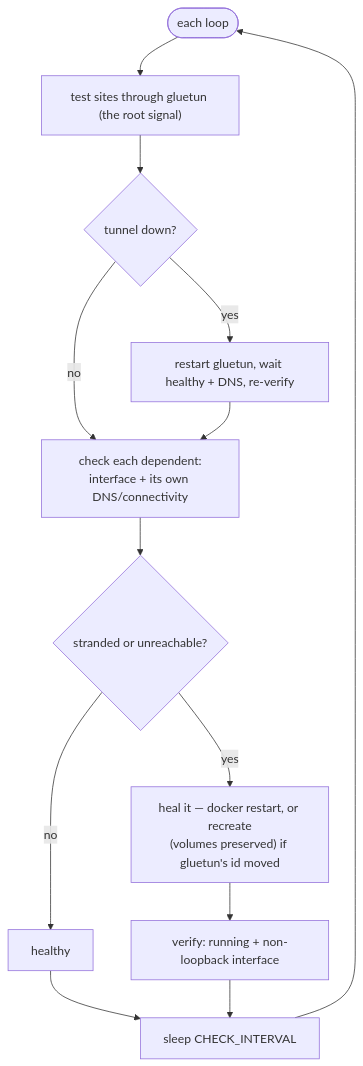
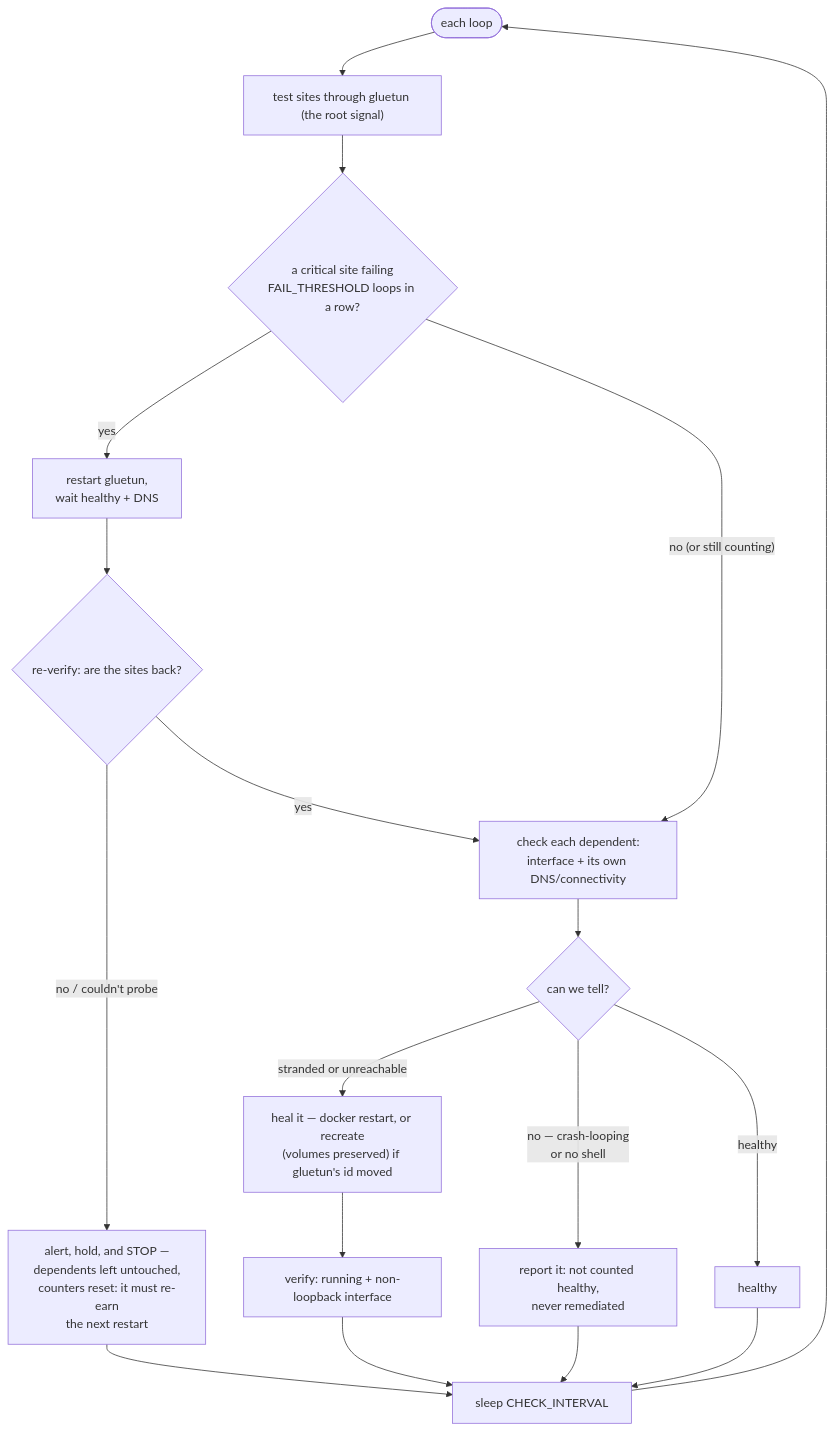
The diagram in README.md (csmarshall/gluetun-monitor), drawn with Mermaid before and after one commit. The commit also changed other lines of this file, not shown here.

Commit message:
docs: the How It Works chart was lying about the restart path
Two defects, both found by reading the chart against the code:

- `GR --> D` claimed the loop always proceeds to the dependent phase after a
  gluetun restart. It does not: if the re-verify fails (or can't run), the monitor
  alerts, leaves dependents untouched, and returns. The chart drew a path the code
  never takes.
- "tunnel down?" hid the confirm-before-strike gate. A critical site must fail
  FAIL_THRESHOLD *consecutive* loops to breach; one bad probe restarts nothing.
  The chart implied a single failing probe was enough.

Also adds the anti-thrash fact that was nowhere in the chart (a failed restart
resets the counters, so the next one must be re-earned) and the third dependent
outcome from #147 (can't tell → report, never remediate).

````diff
--- a/README.md
+++ b/README.md
@@ -55,15 +55,20 @@
 ```mermaid
 flowchart TD
   L(["each loop"]) --> G["test sites through gluetun (the root signal)"]
-  G --> GT{"tunnel down?"}
-  GT -- "yes" --> GR["restart gluetun, wait healthy + DNS, re-verify"]
-  GT -- "no" --> D["check each dependent:<br/>interface + its own DNS/connectivity"]
-  GR --> D
-  D --> DT{"stranded or unreachable?"}
-  DT -- "no" --> OK["healthy"]
-  DT -- "yes" --> R["heal it — docker restart, or recreate<br/>(volumes preserved) if gluetun's id moved"]
+  G --> GT{"a critical site failing<br/>FAIL_THRESHOLD loops in a row?"}
+  GT -- "yes" --> GR["restart gluetun,<br/>wait healthy + DNS"]
+  GT -- "no (or still counting)" --> D["check each dependent:<br/>interface + its own DNS/connectivity"]
+  GR --> RV{"re-verify: are the sites back?"}
+  RV -- "no / couldn't probe" --> STOP["alert, hold, and STOP —<br/>dependents left untouched,<br/>counters reset: it must re-earn<br/>the next restart"]
+  RV -- "yes" --> D
+  D --> DT{"can we tell?"}
+  DT -- "stranded or unreachable" --> R["heal it — docker restart, or recreate<br/>(volumes preserved) if gluetun's id moved"]
+  DT -- "no — crash-looping<br/>or no shell" --> U["report it: not counted healthy,<br/>never remediated"]
+  DT -- "healthy" --> OK["healthy"]
   R --> V["verify: running + non-loopback interface"]
-  OK --> SLEEP["sleep CHECK_INTERVAL"]
+  STOP --> SLEEP["sleep CHECK_INTERVAL"]
   V --> SLEEP
+  U --> SLEEP
+  OK --> SLEEP
   SLEEP --> L
 ```
````
